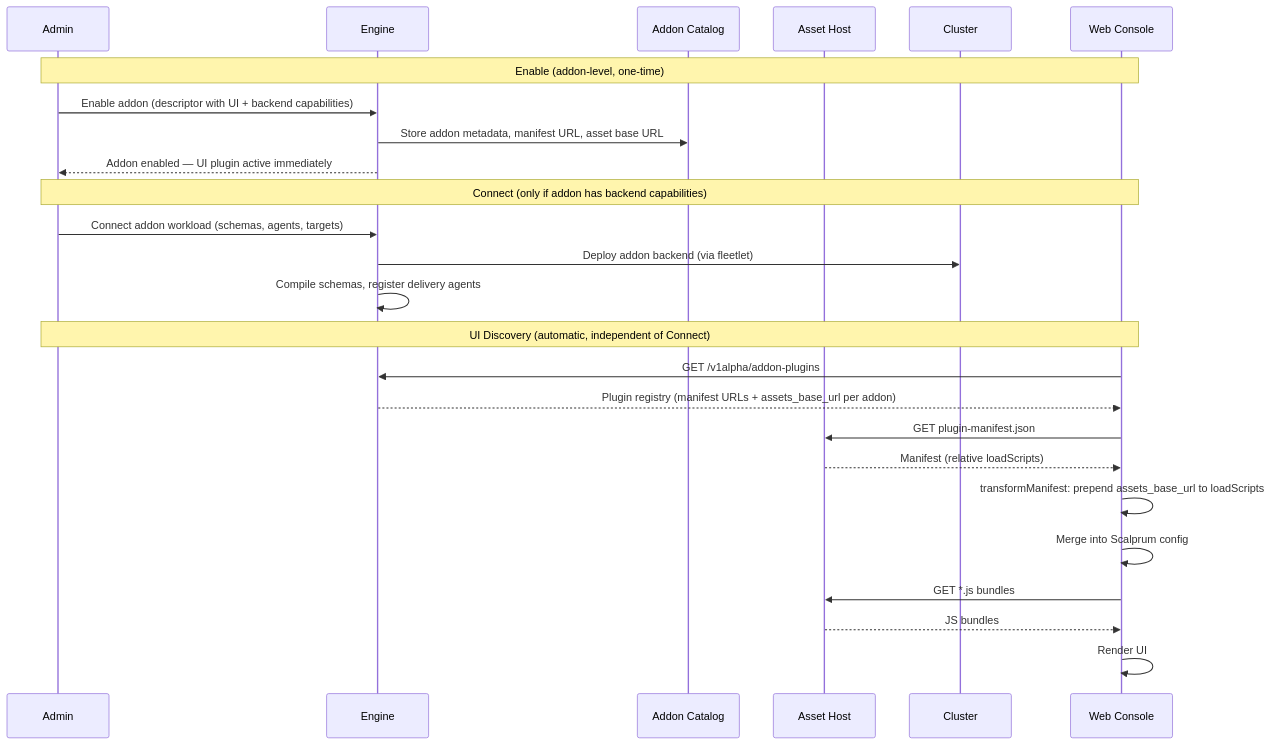
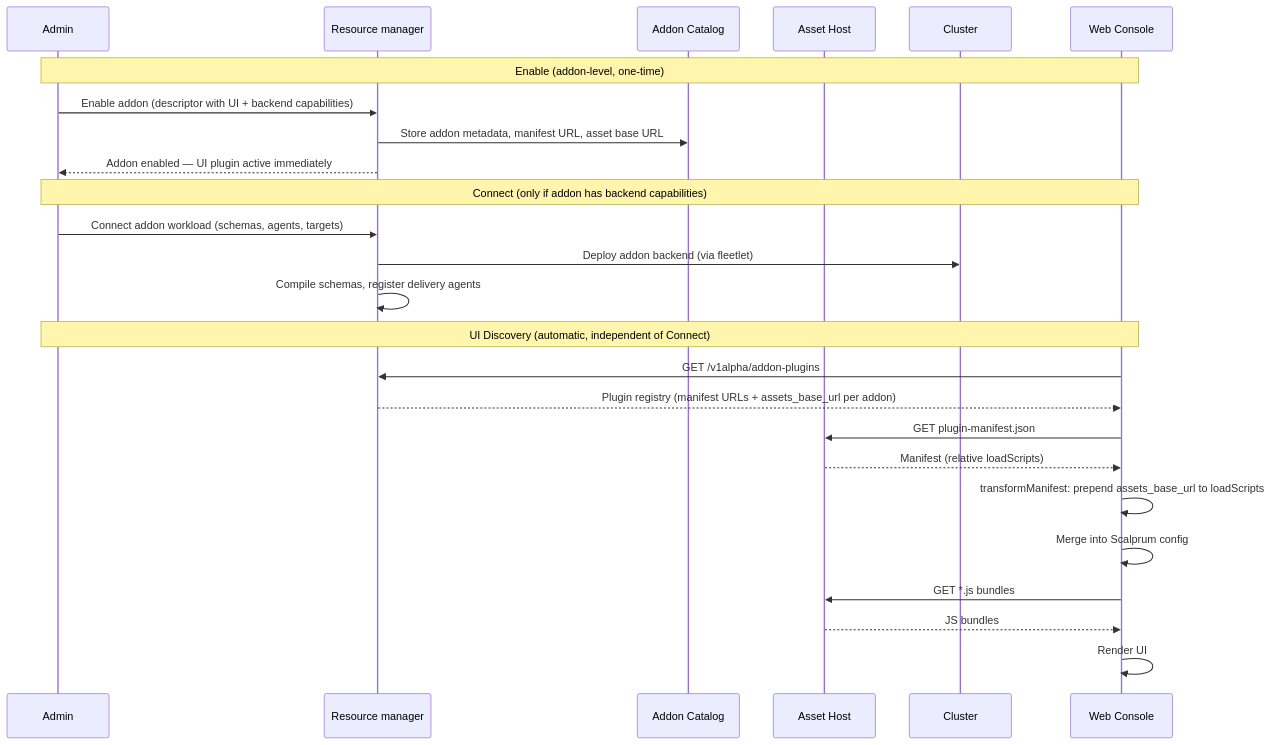
Before and after one commit to fleetshift/fleetshift-poc: the third of 11 diagrams in docs/design/addon-ui-architecture.md, drawn with Mermaid. The commit also changed other lines of this file and 15 other files, not shown here.

Commit message:
Clarify fleetlet responsibilities and align architecture terminology

````diff
--- a/docs/design/addon-ui-architecture.md
+++ b/docs/design/addon-ui-architecture.md
@@ -232,30 +232,30 @@
 ```mermaid
 sequenceDiagram
     participant Admin
-    participant Engine
+    participant RM as Resource manager
     participant Catalog as Addon Catalog
     participant AssetHost as Asset Host
     participant Cluster
     participant Shell as Web Console
 
     Note over Admin,Shell: Enable (addon-level, one-time)
-    Admin->>Engine: Enable addon (descriptor with UI + backend capabilities)
-    Engine->>Catalog: Store addon metadata, manifest URL, asset base URL
-    Engine-->>Admin: Addon enabled — UI plugin active immediately
+    Admin->>RM: Enable addon (descriptor with UI + backend capabilities)
+    RM->>Catalog: Store addon metadata, manifest URL, asset base URL
+    RM-->>Admin: Addon enabled — UI plugin active immediately
 
     Note over Admin,Shell: Connect (only if addon has backend capabilities)
-    Admin->>Engine: Connect addon workload (schemas, agents, targets)
-    Engine->>Cluster: Deploy addon backend (via fleetlet)
-    Engine->>Engine: Compile schemas, register delivery agents
+    Admin->>RM: Connect addon workload (schemas, agents, targets)
+    RM->>Cluster: Deploy addon backend (via fleetlet)
+    RM->>RM: Compile schemas, register delivery agents
 
     Note over Admin,Shell: UI Discovery (automatic, independent of Connect)
-    Shell->>Engine: GET /v1alpha/addon-plugins
-    Engine-->>Shell: Plugin registry (manifest URLs + assets_base_url per addon)
+    Shell->>RM: GET /v1alpha/addon-plugins
+    RM-->>Shell: Plugin registry (manifest URLs + assets_base_url per addon)
     Shell->>AssetHost: GET plugin-manifest.json
     AssetHost-->>Shell: Manifest (relative loadScripts)
     Shell->>Shell: transformManifest: prepend assets_base_url to loadScripts
     Shell->>Shell: Merge into Scalprum config
     Shell->>AssetHost: GET *.js bundles
     AssetHost-->>Shell: JS bundles
     Shell->>Shell: Render UI
 ```
````
